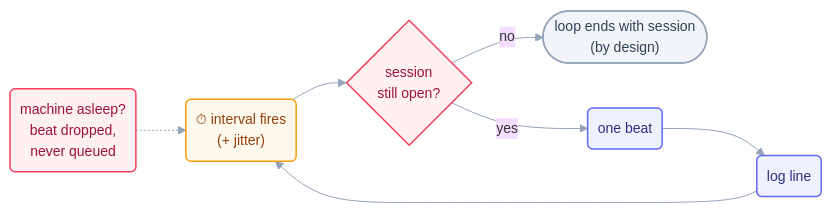
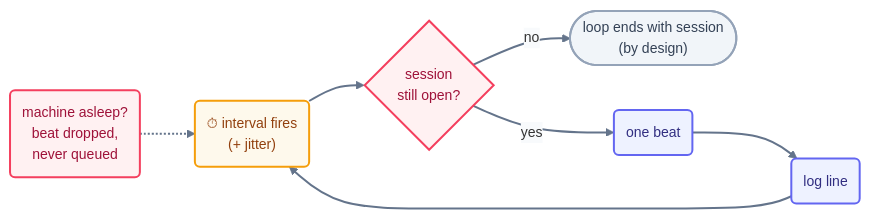
One commit to ayeshakhalid192007-dev/LoopEngineering-CrashCourse changed the diagram in docs/04-part-2-heartbeat/04-in-session-loops.md. Above: the diagram before and after it, drawn with Mermaid. The commit also changed 66 other files, not shown here.

First line of the commit message:
docs(diagrams): bolden and unify all 70 mermaid diagrams

````diff
--- a/docs/04-part-2-heartbeat/04-in-session-loops.md
+++ b/docs/04-part-2-heartbeat/04-in-session-loops.md
@@ -37,12 +37,13 @@
 ```mermaid
-%%{init: {'theme':'base','themeVariables':{'fontFamily':'ui-sans-serif, system-ui, sans-serif','fontSize':'14px','lineColor':'#94a3b8'},'flowchart':{'curve':'basis','nodeSpacing':45,'rankSpacing':50,'padding':10}}}%%
+%%{init: {'theme':'base','themeVariables':{'fontFamily':'ui-sans-serif, system-ui, sans-serif','fontSize':'14px','lineColor':'#64748b','edgeLabelBackground':'#f8fafc'},'flowchart':{'curve':'basis','nodeSpacing':45,'rankSpacing':55,'padding':12}}}%%
 flowchart LR
     T("⏱ interval fires<br/>(+ jitter)"):::time --> Q{"session<br/>still open?"}:::limit
     Q -->|no| DEAD(["loop ends with session<br/>(by design)"]):::stop
     Q -->|yes| B("one beat"):::beat --> LOG("log line"):::beat --> T
     MISS("machine asleep?<br/>beat dropped,<br/>never queued"):::limit -.-> T
-    classDef time fill:#fef9ec,stroke:#f59e0b,stroke-width:1.5px,color:#92400e;
-    classDef beat fill:#eef2ff,stroke:#6366f1,stroke-width:1.5px,color:#312e81;
-    classDef limit fill:#fff1f2,stroke:#f43f5e,stroke-width:1.5px,color:#9f1239;
-    classDef stop fill:#f1f5f9,stroke:#94a3b8,stroke-width:1.5px,color:#334155;
+    linkStyle default stroke:#64748b,stroke-width:2px;
+    classDef time fill:#fef9ec,stroke:#f59e0b,stroke-width:2px,color:#92400e;
+    classDef beat fill:#eef2ff,stroke:#6366f1,stroke-width:2px,color:#312e81;
+    classDef limit fill:#fff1f2,stroke:#f43f5e,stroke-width:2px,color:#9f1239;
+    classDef stop fill:#f1f5f9,stroke:#94a3b8,stroke-width:2px,color:#334155;
 ```
````
